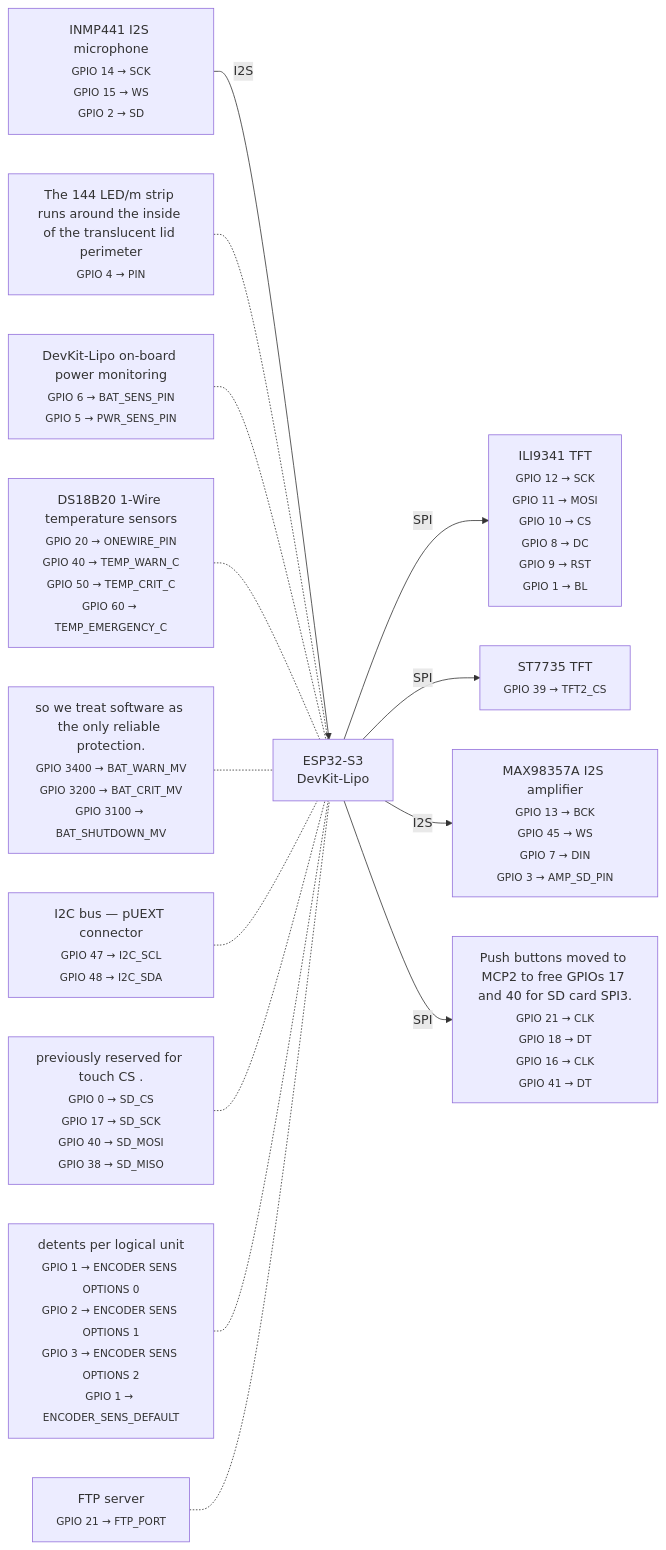
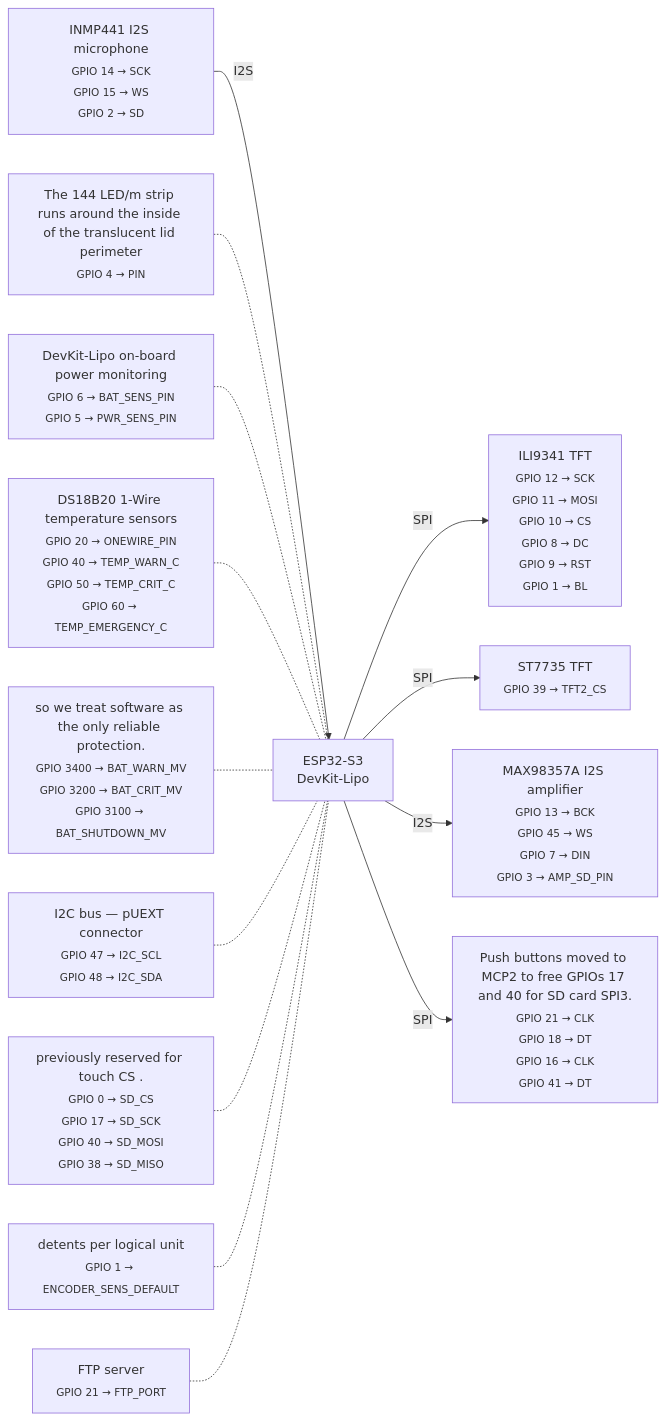
Before and after one commit to mandakan/bodn-esp32: the diagram in docs/wiring.md, drawn with Mermaid. The commit also changed other lines of this file and 24 other files, not shown here.

````diff
--- a/docs/wiring.md
+++ b/docs/wiring.md
@@ -8,44 +8,44 @@
 ```mermaid
 graph LR
     ESP["ESP32-S3<br/>DevKit-Lipo"]
 
     ILI9341TFT["ILI9341 TFT<br/><sub>GPIO 12 → SCK<br/>GPIO 11 → MOSI<br/>GPIO 10 → CS<br/>GPIO 8 → DC<br/>GPIO 9 → RST<br/>GPIO 1 → BL</sub>"]
     ESP -- SPI --> ILI9341TFT
 
     ST7735TFT["ST7735 TFT<br/><sub>GPIO 39 → TFT2_CS</sub>"]
     ESP -- SPI --> ST7735TFT
 
     INMP441I2Smicrophone["INMP441 I2S microphone<br/><sub>GPIO 14 → SCK<br/>GPIO 15 → WS<br/>GPIO 2 → SD</sub>"]
     INMP441I2Smicrophone -- I2S --> ESP
 
     MAX98357AI2Samplifier["MAX98357A I2S amplifier<br/><sub>GPIO 13 → BCK<br/>GPIO 45 → WS<br/>GPIO 7 → DIN<br/>GPIO 3 → AMP_SD_PIN</sub>"]
     ESP -- I2S --> MAX98357AI2Samplifier
 
     PushbuttonsmovedtoMCP2tofreeGPIOs17and40forSDcardSPI3["Push buttons moved to MCP2 to free GPIOs 17 and 40 for SD card SPI3.<br/><sub>GPIO 21 → CLK<br/>GPIO 18 → DT<br/>GPIO 16 → CLK<br/>GPIO 41 → DT</sub>"]
     ESP -- SPI --> PushbuttonsmovedtoMCP2tofreeGPIOs17and40forSDcardSPI3
 
     The144LEDmstriprunsaroundtheinsideofthetranslucentlidperimeter["The 144 LED/m strip runs around the inside of the translucent lid perimeter<br/><sub>GPIO 4 → PIN</sub>"]
     The144LEDmstriprunsaroundtheinsideofthetranslucentlidperimeter -.- ESP
 
     DevKitLipoonboardpowermonitoring["DevKit-Lipo on-board power monitoring<br/><sub>GPIO 6 → BAT_SENS_PIN<br/>GPIO 5 → PWR_SENS_PIN</sub>"]
     DevKitLipoonboardpowermonitoring -.- ESP
 
     DS18B201Wiretemperaturesensors["DS18B20 1-Wire temperature sensors<br/><sub>GPIO 20 → ONEWIRE_PIN<br/>GPIO 40 → TEMP_WARN_C<br/>GPIO 50 → TEMP_CRIT_C<br/>GPIO 60 → TEMP_EMERGENCY_C</sub>"]
     DS18B201Wiretemperaturesensors -.- ESP
 
     sowetreatsoftwareastheonlyreliableprotection["so we treat software as the only reliable protection.<br/><sub>GPIO 3400 → BAT_WARN_MV<br/>GPIO 3200 → BAT_CRIT_MV<br/>GPIO 3100 → BAT_SHUTDOWN_MV</sub>"]
     sowetreatsoftwareastheonlyreliableprotection -.- ESP
 
     I2CbuspUEXTconnector["I2C bus — pUEXT connector<br/><sub>GPIO 47 → I2C_SCL<br/>GPIO 48 → I2C_SDA</sub>"]
     I2CbuspUEXTconnector -.- ESP
 
     previouslyreservedfortouchCS["previously reserved for touch CS .<br/><sub>GPIO 0 → SD_CS<br/>GPIO 17 → SD_SCK<br/>GPIO 40 → SD_MOSI<br/>GPIO 38 → SD_MISO</sub>"]
     previouslyreservedfortouchCS -.- ESP
 
-    detentsperlogicalunit["detents per logical unit<br/><sub>GPIO 1 → ENCODER SENS OPTIONS 0<br/>GPIO 2 → ENCODER SENS OPTIONS 1<br/>GPIO 3 → ENCODER SENS OPTIONS 2<br/>GPIO 1 → ENCODER_SENS_DEFAULT</sub>"]
+    detentsperlogicalunit["detents per logical unit<br/><sub>GPIO 1 → ENCODER_SENS_DEFAULT</sub>"]
     detentsperlogicalunit -.- ESP
 
     FTPserver["FTP server<br/><sub>GPIO 21 → FTP_PORT</sub>"]
     FTPserver -.- ESP
 
 ```
````
